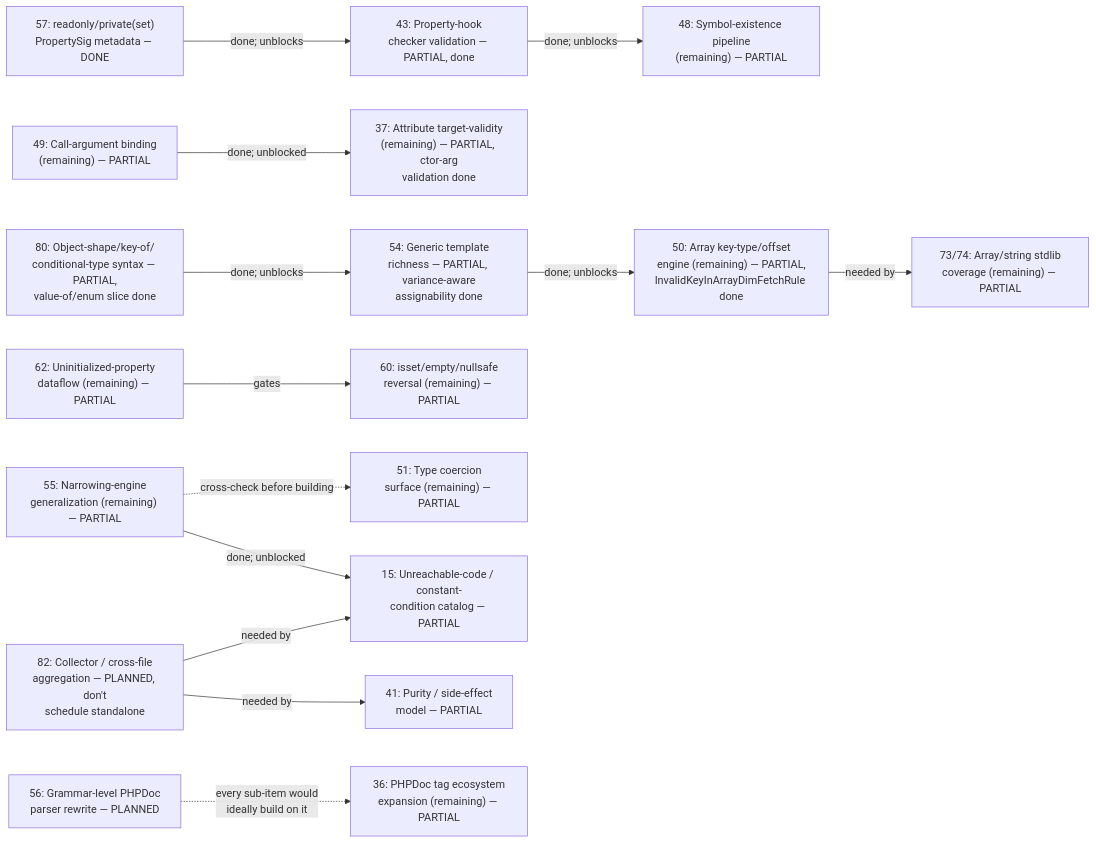
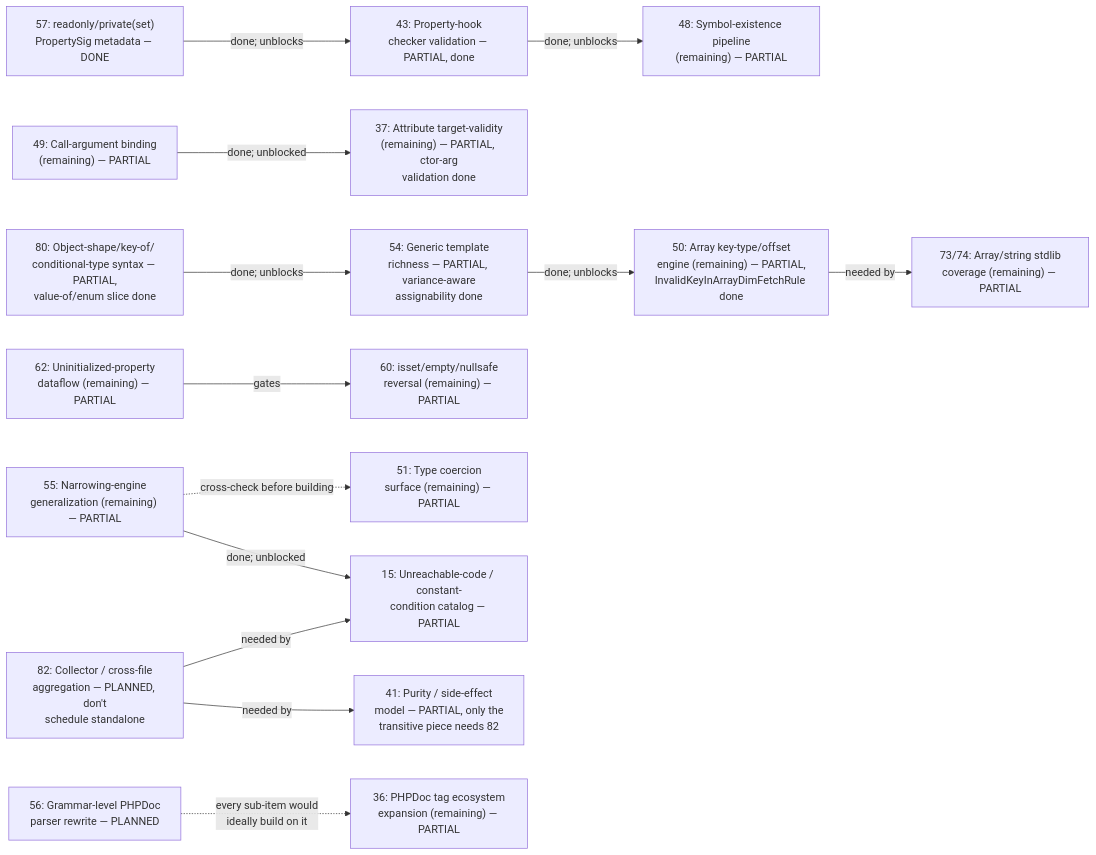
One commit to darktorres/phpstan-rs changed the diagram in PHASE_DEPENDENCIES.md. Above: the diagram before and after it, drawn with Mermaid. The commit also changed other lines of this file and 1 other file, not shown here.

````diff
--- a/PHASE_DEPENDENCIES.md
+++ b/PHASE_DEPENDENCIES.md
@@ -15,34 +15,34 @@
 ```mermaid
 graph LR
     P57["57: readonly/private(set)\nPropertySig metadata — DONE"]
     P43["43: Property-hook\nchecker validation — PARTIAL, done"]
     P48["48: Symbol-existence pipeline\n(remaining) — PARTIAL"]
     P49["49: Call-argument binding\n(remaining) — PARTIAL"]
     P37["37: Attribute target-validity\n(remaining) — PARTIAL, ctor-arg\nvalidation done"]
     P54["54: Generic template\nrichness — PARTIAL, variance-aware\nassignability done"]
     P50["50: Array key-type/offset\nengine (remaining) — PARTIAL,\nInvalidKeyInArrayDimFetchRule done"]
     P80["80: Object-shape/key-of/\nconditional-type syntax — PARTIAL,\nvalue-of/enum slice done"]
     P51["51: Type coercion\nsurface (remaining) — PARTIAL"]
     P73["73/74: Array/string stdlib\ncoverage (remaining) — PARTIAL"]
     P62["62: Uninitialized-property\ndataflow (remaining) — PARTIAL"]
     P60["60: isset/empty/nullsafe\nreversal (remaining) — PARTIAL"]
     P82["82: Collector / cross-file\naggregation — PLANNED, don't\nschedule standalone"]
-    P41["41: Purity / side-effect\nmodel — PARTIAL"]
+    P41["41: Purity / side-effect\nmodel — PARTIAL, only the\ntransitive piece needs 82"]
     P15["15: Unreachable-code / constant-\ncondition catalog — PARTIAL"]
     P55["55: Narrowing-engine\ngeneralization (remaining) — PARTIAL"]
     P56["56: Grammar-level PHPDoc\nparser rewrite — PLANNED"]
     P36["36: PHPDoc tag ecosystem\nexpansion (remaining) — PARTIAL"]
 
     P57 -->|done; unblocks| P43
     P43 -->|done; unblocks| P48
     P49 -->|done; unblocked| P37
     P54 -->|done; unblocks| P50
     P80 -->|done; unblocks| P54
     P50 -->|needed by| P73
     P62 -->|gates| P60
     P82 -->|needed by| P41
     P82 -->|needed by| P15
     P55 -->|done; unblocked| P15
     P55 -.->|cross-check before building| P51
     P56 -.->|every sub-item would\nideally build on it| P36
 ```
````
